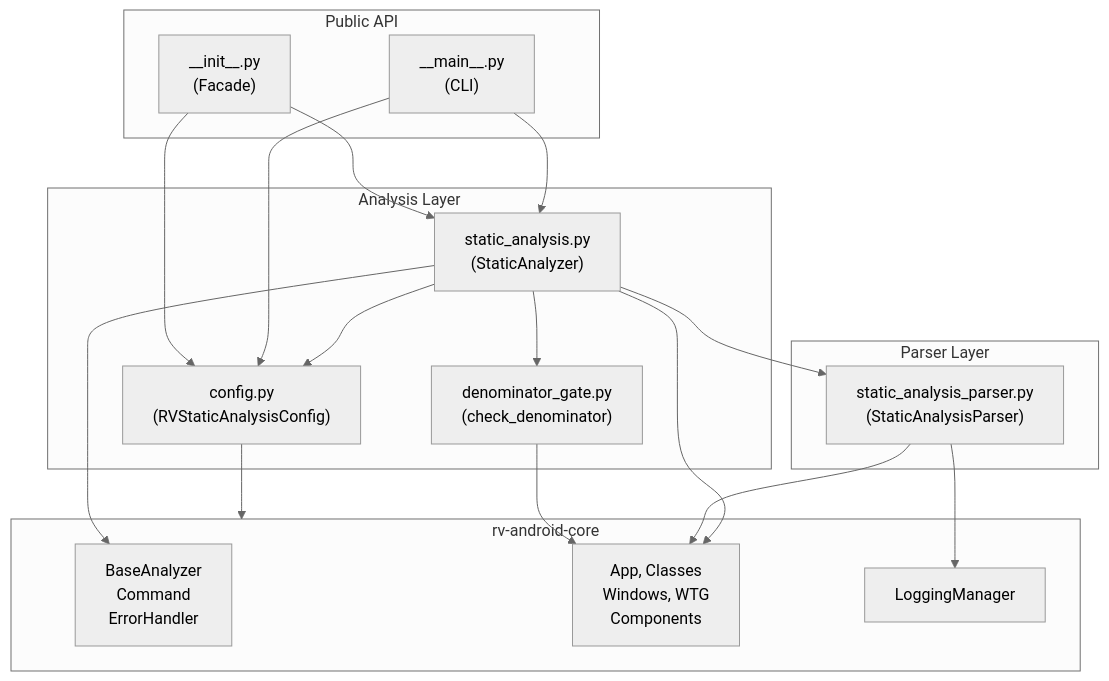
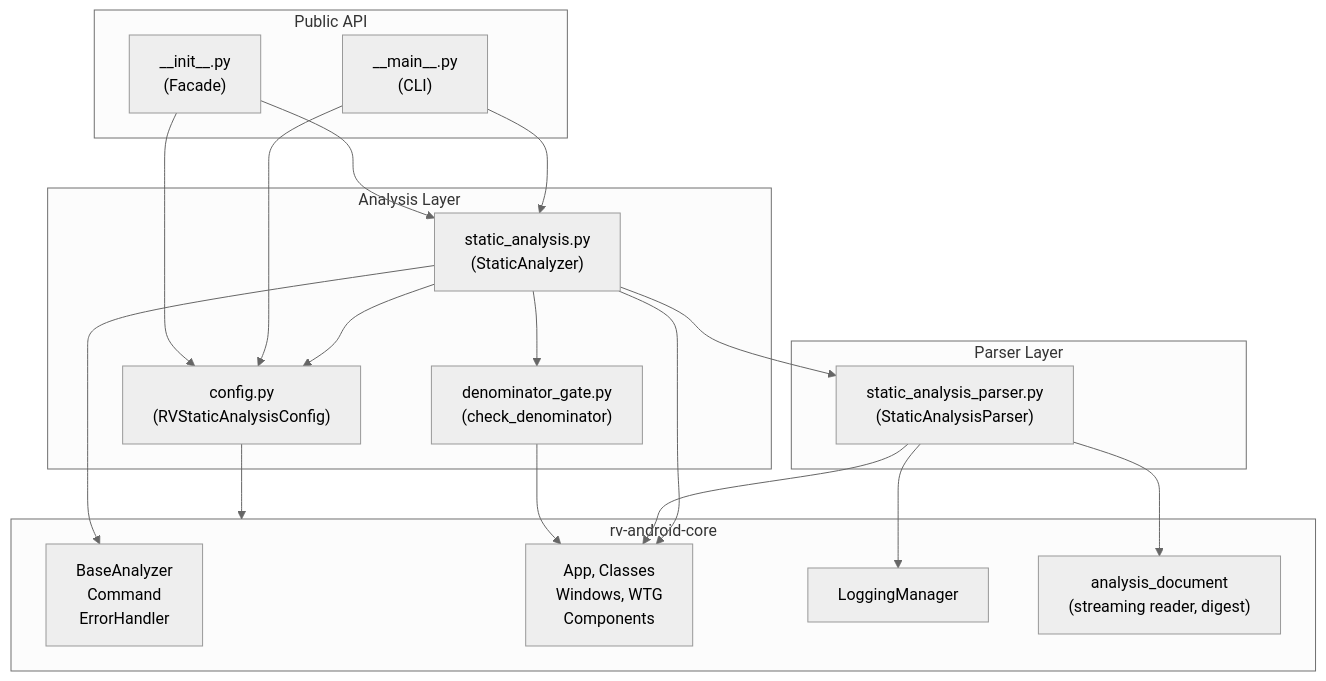
Before and after one commit to PAMunb/rvsec: the third of 6 diagrams in rv-android/modules/rv-static-analysis/docs/architecture.md, drawn with Mermaid. The commit also changed other lines of this file and 5 other files, not shown here.

````diff
--- a/rv-android/modules/rv-static-analysis/docs/architecture.md
+++ b/rv-android/modules/rv-static-analysis/docs/architecture.md
@@ -371,35 +408,37 @@
 ```mermaid
 %%{init: {'theme': 'neutral'}}%%
 flowchart TB
     subgraph Public["Public API"]
         INIT["__init__.py\n(Facade)"]
         MAIN["__main__.py\n(CLI)"]
     end
     subgraph Analysis["Analysis Layer"]
         ANALYZER["static_analysis.py\n(StaticAnalyzer)"]
         CONFIG["config.py\n(RVStaticAnalysisConfig)"]
         GATE["denominator_gate.py\n(check_denominator)"]
     end
     subgraph Parser["Parser Layer"]
         PARSER["static_analysis_parser.py\n(StaticAnalysisParser)"]
     end
     subgraph CoreDep["rv-android-core"]
         BASE["BaseAnalyzer\nCommand\nErrorHandler"]
         DOMAIN["App, Classes\nWindows, WTG\nComponents"]
         UTIL["LoggingManager"]
+        DOCREAD["analysis_document\n(streaming reader, digest)"]
     end
 
     INIT --> ANALYZER
     INIT --> CONFIG
     MAIN --> ANALYZER
     MAIN --> CONFIG
     ANALYZER --> CONFIG
     ANALYZER --> PARSER
     ANALYZER --> GATE
     GATE --> DOMAIN
     PARSER --> DOMAIN
     PARSER --> UTIL
+    PARSER --> DOCREAD
     ANALYZER --> BASE
     ANALYZER --> DOMAIN
     CONFIG --> CoreDep
 ```
````
